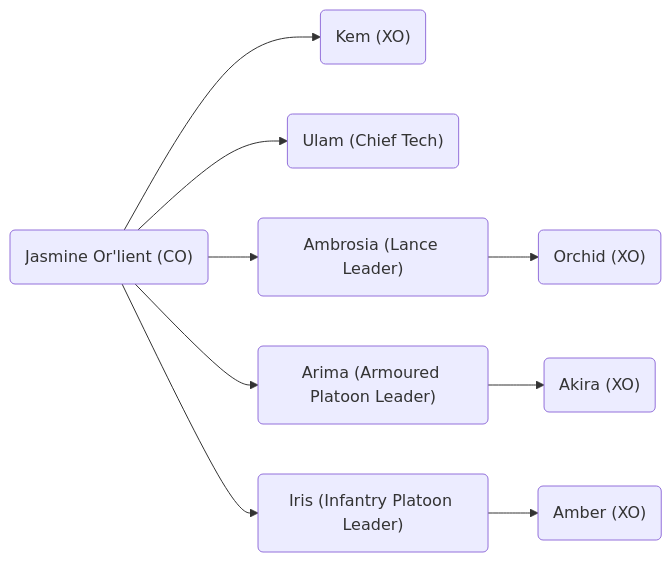
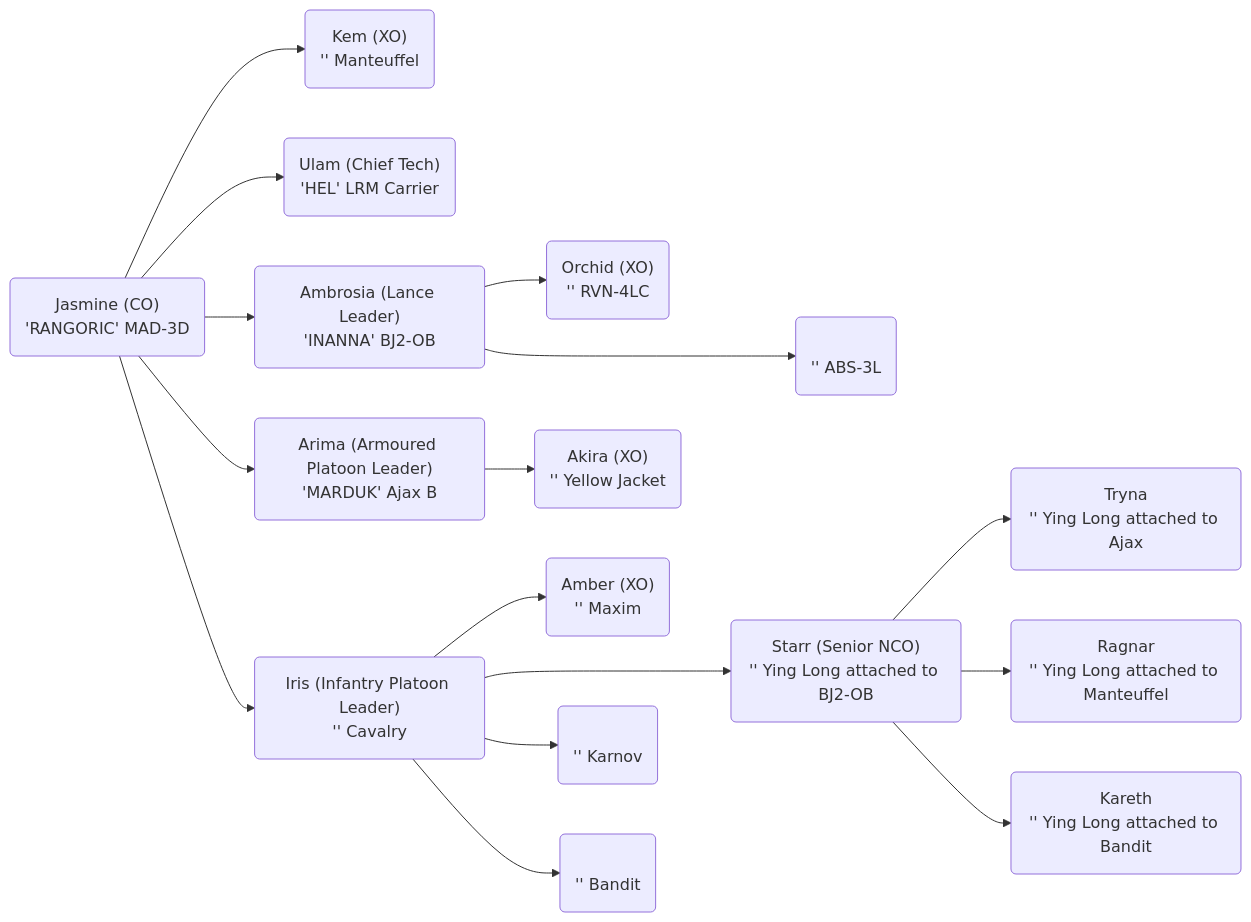
Before and after one commit to Rangoric/BattleTech-Campaign: the diagram in README.md, drawn with Mermaid. The commit also changed other lines of this file, not shown here.

````diff
--- a/README.md
+++ b/README.md
@@ -3,20 +3,34 @@
 ```mermaid
 flowchart LR
-  co("Jasmine Or'lient (CO)")
-  xo("Kem (XO)")
-  ct("Ulam (Chief Tech)")
-  ll("Ambrosia (Lance Leader)")
-  lxo("Orchid (XO)")
-  al("Arima (Armoured Platoon Leader)")
-  axo("Akira (XO)")
-  il("Iris (Infantry Platoon Leader)")
-  ixo("Amber (XO)")
+  co("Jasmine (CO)\n'RANGORIC' MAD-3D")
+  xo("Kem (XO)\n'' Manteuffel")
+  ct("Ulam (Chief Tech)\n'HEL' LRM Carrier")
+  ll("Ambrosia (Lance Leader)\n'INANNA' BJ2-OB")
+  lm1("\n'' ABS-3L")
+  lxo("Orchid (XO)\n'' RVN-4LC")
+  al("Arima (Armoured Platoon Leader)\n'MARDUK' Ajax B")
+  axo("Akira (XO)"\n'' Yellow Jacket)
+  il("Iris (Infantry Platoon Leader)"\n'' Cavalry)
+  im1("\n'' Karnov")
+  im2("\n'' Bandit")
+  isnco("Starr (Senior NCO)\n'' Ying Long attached to BJ2-OB")
+  iyl1("Tryna\n'' Ying Long attached to Ajax")
+  iyl2("Ragnar\n'' Ying Long attached to Manteuffel")
+  iyl3("Kareth\n'' Ying Long attached to Bandit")
+  ixo("Amber (XO)\n'' Maxim")
   co --> xo
   co --> ct
   co --> ll
   co --> al
   co --> il
   ll --> lxo
+  ll ---> lm1
   al --> axo
   il --> ixo
+  il ---> isnco
+  il --> im1
+  il --> im2
+  isnco --> iyl1
+  isnco --> iyl2
+  isnco --> iyl3
 ```
````
